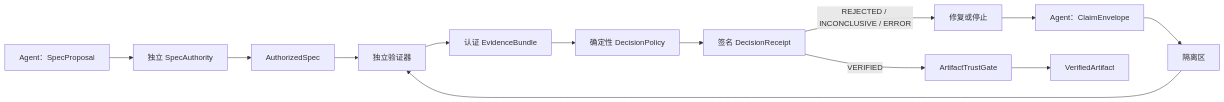
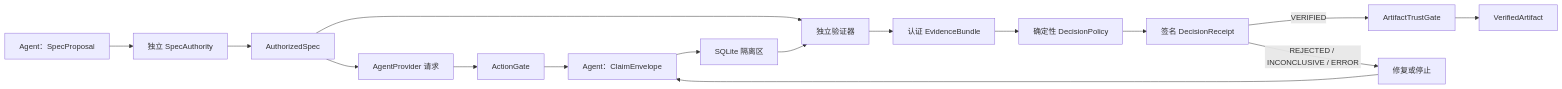
Before and after one commit to wenxiangyuan611-hash/verification-first-harness: the diagram in README.zh-CN.md, drawn with Mermaid. The commit also changed other lines of this file and 20 other files, not shown here.

````diff
--- a/README.zh-CN.md
+++ b/README.zh-CN.md
@@ -29,15 +29,18 @@
 ```mermaid
 flowchart LR
     P["Agent：SpecProposal"] --> A["独立 SpecAuthority"]
     A --> S["AuthorizedSpec"]
-    C["Agent：ClaimEnvelope"] --> Q["隔离区"]
+    S --> T["AgentProvider 请求"]
+    T --> AG["ActionGate"]
+    AG --> C["Agent：ClaimEnvelope"]
+    C --> Q["SQLite 隔离区"]
     S --> V["独立验证器"]
     Q --> V
     V --> E["认证 EvidenceBundle"]
     E --> D["确定性 DecisionPolicy"]
     D --> R["签名 DecisionReceipt"]
     R -->|"VERIFIED"| G["ArtifactTrustGate"]
     G --> X["VerifiedArtifact"]
     R -->|"REJECTED / INCONCLUSIVE / ERROR"| F["修复或停止"]
     F --> C
 ```
````
